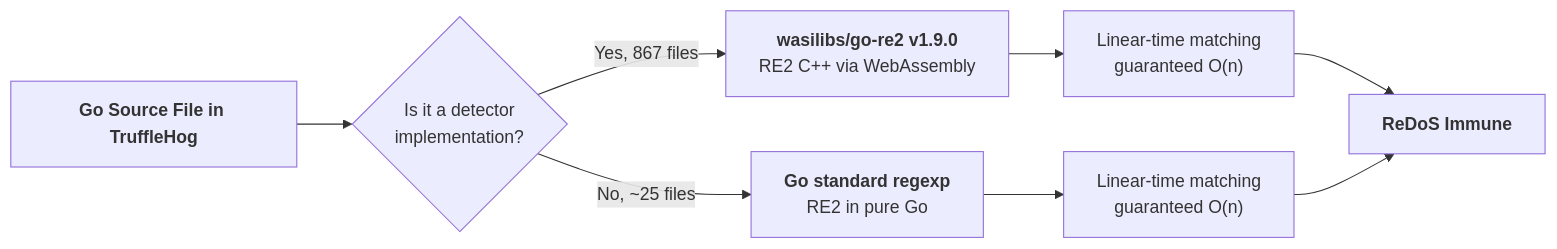
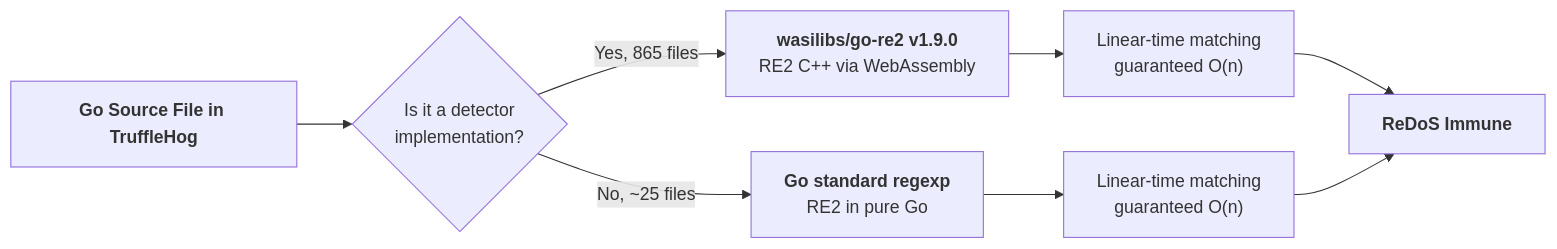
The first of 4 diagrams in blitzy/documentation/trufflehog_e42153d44a5e.md (blitzy-research/trufflehog), drawn with Mermaid before and after one commit. The commit also changed other lines of this file, not shown here.

````diff
--- a/blitzy/documentation/trufflehog_e42153d44a5e.md
+++ b/blitzy/documentation/trufflehog_e42153d44a5e.md
@@ -166,15 +166,15 @@
 ```mermaid
 flowchart LR
     A["`**Go Source File in TruffleHog**`"] --> B{"`Is it a detector
     implementation?`"}
-    B -->|Yes, 867 files| C["`**wasilibs/go-re2 v1.9.0**
+    B -->|Yes, 865 files| C["`**wasilibs/go-re2 v1.9.0**
     RE2 C++ via WebAssembly`"]
     B -->|No, ~25 files| D["`**Go standard regexp**
     RE2 in pure Go`"]
     C --> E["`Linear-time matching
     guaranteed O(n)`"]
     D --> F["`Linear-time matching
     guaranteed O(n)`"]
     E --> G["`**ReDoS Immune**`"]
     F --> G
 ```
````
